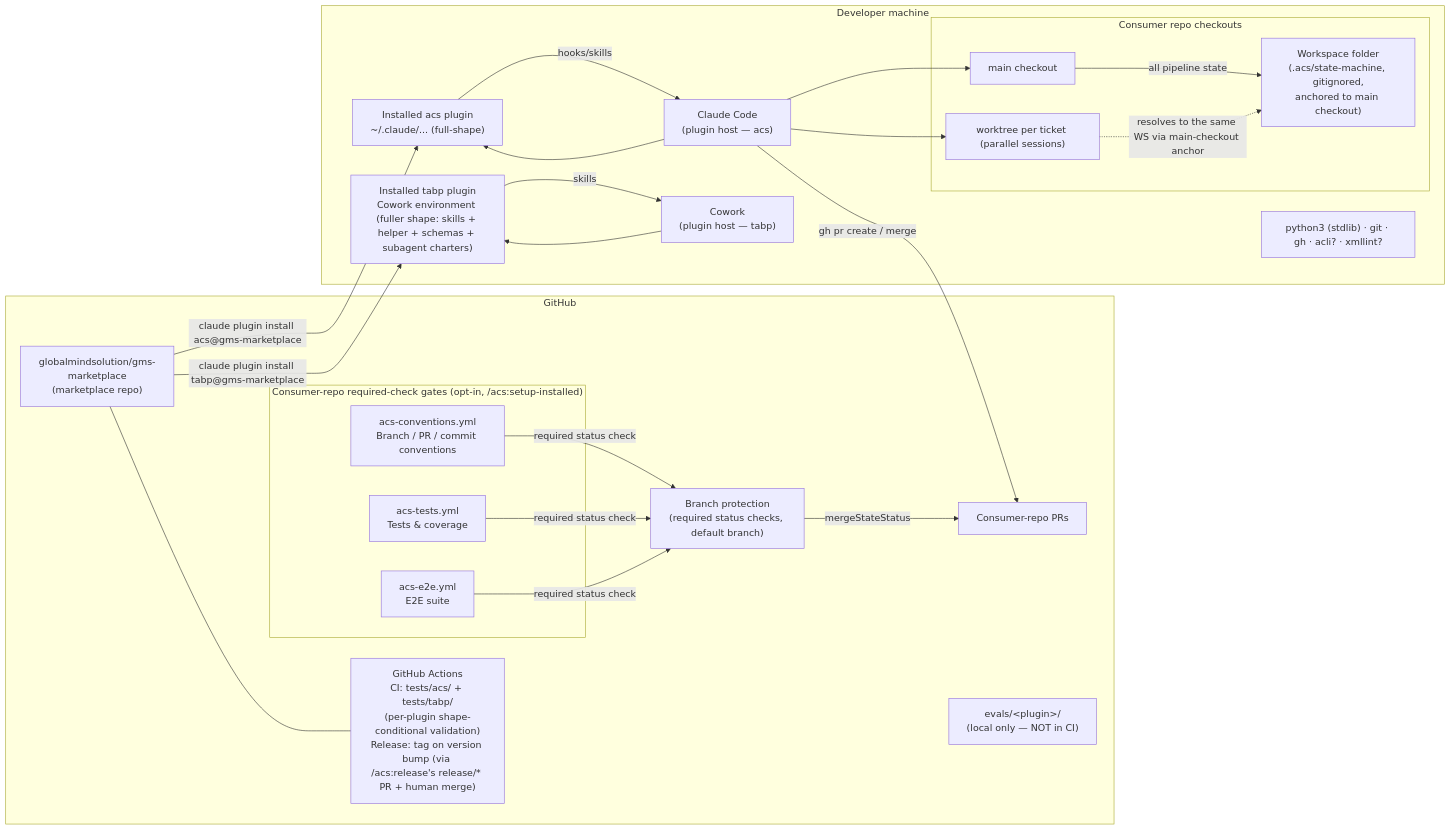
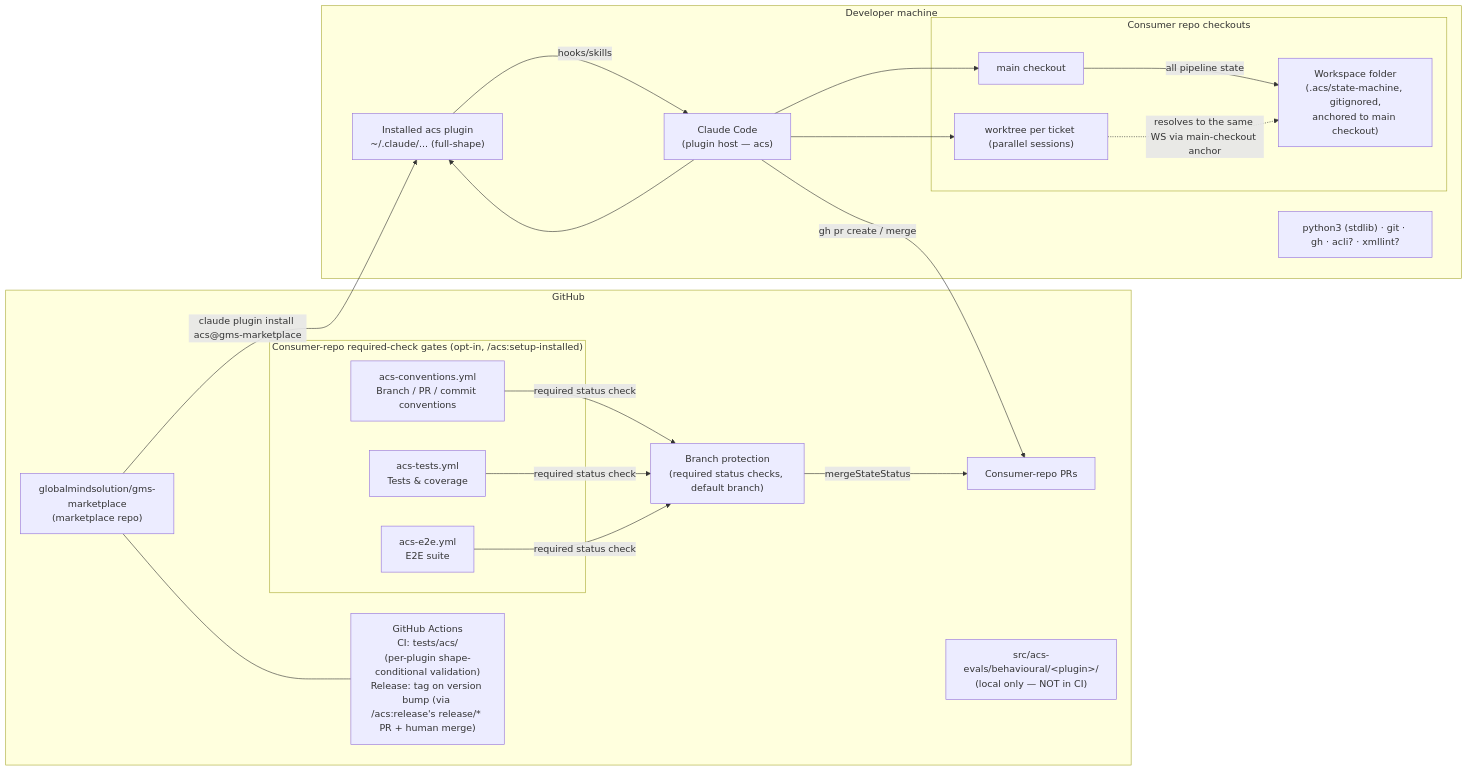
Before and after one commit to globalmindsolution/gms-marketplace: the diagram in docs/architecture/hld/deployment.md, drawn with Mermaid. The commit also changed other lines of this file and 288 other files, not shown here.

````diff
--- a/docs/architecture/hld/deployment.md
+++ b/docs/architecture/hld/deployment.md
@@ -3,42 +3,37 @@
 ```mermaid
 flowchart LR
     subgraph github["GitHub"]
         MR["globalmindsolution/gms-marketplace<br/>(marketplace repo)"]
-        ACT["GitHub Actions<br/>CI: tests/acs/ + tests/tabp/<br/>(per-plugin shape-conditional validation)<br/>Release: tag on version bump (via /acs:release's release/* PR + human merge)"]
+        ACT["GitHub Actions<br/>CI: tests/acs/<br/>(per-plugin shape-conditional validation)<br/>Release: tag on version bump (via /acs:release's release/* PR + human merge)"]
         PRS["Consumer-repo PRs"]
-        EVALS["evals/&lt;plugin&gt;/<br/>(local only — NOT in CI)"]
+        EVALS["src/acs-evals/behavioural/&lt;plugin&gt;/<br/>(local only — NOT in CI)"]
         subgraph gates["Consumer-repo required-check gates (opt-in, /acs:setup-installed)"]
             G_CONV["acs-conventions.yml<br/>Branch / PR / commit conventions"]
             G_TEST["acs-tests.yml<br/>Tests & coverage"]
             G_E2E["acs-e2e.yml<br/>E2E suite"]
         end
         BP["Branch protection<br/>(required status checks, default branch)"]
     end
 
     subgraph machine["Developer machine"]
         CC["Claude Code<br/>(plugin host — acs)"]
-        CW["Cowork<br/>(plugin host — tabp)"]
         PI_ACS["Installed acs plugin<br/>~/.claude/... (full-shape)"]
-        PI_TABP["Installed tabp plugin<br/>Cowork environment (fuller shape: skills + helper + schemas + subagent charters)"]
         subgraph checkouts["Consumer repo checkouts"]
             CO1["main checkout"]
             CO2["worktree per ticket (parallel sessions)"]
             WS["Workspace folder<br/>(.acs/state-machine, gitignored,<br/>anchored to main checkout)"]
         end
         PY["python3 (stdlib) · git · gh · acli? · xmllint?"]
     end
 
     MR -- "claude plugin install acs@gms-marketplace" --> PI_ACS
-    MR -- "claude plugin install tabp@gms-marketplace" --> PI_TABP
     MR --- ACT
     CC --> PI_ACS
     PI_ACS -- hooks/skills --> CC
-    CW --> PI_TABP
-    PI_TABP -- skills --> CW
     CC --> CO1 & CO2
     CO1 -- "all pipeline state" --> WS
     CO2 -. "resolves to the same WS via main-checkout anchor" .-> WS
     CC -- "gh pr create / merge" --> PRS
     G_CONV & G_TEST & G_E2E -- "required status check" --> BP
     BP -- "mergeStateStatus" --> PRS
 ```
````
